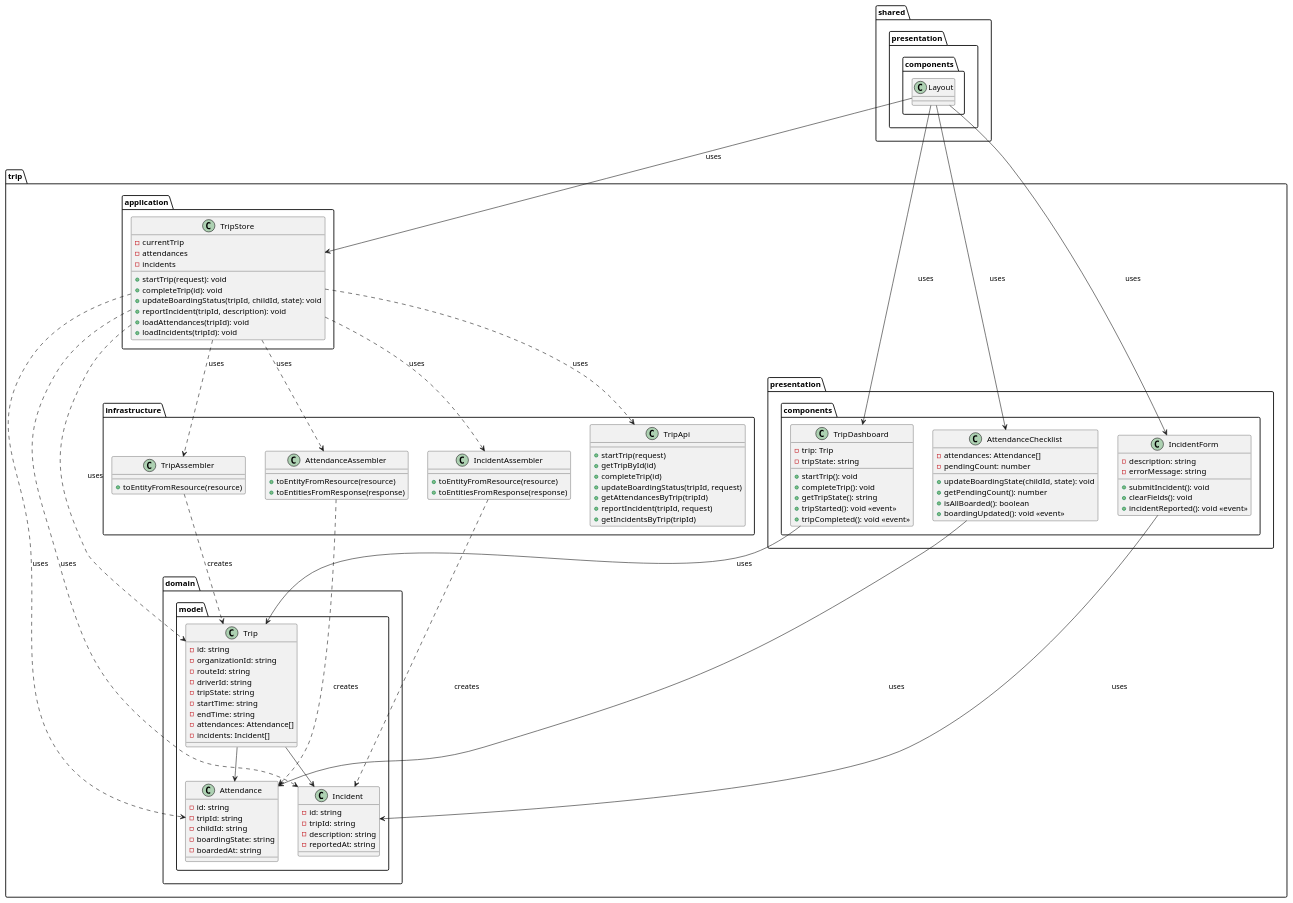
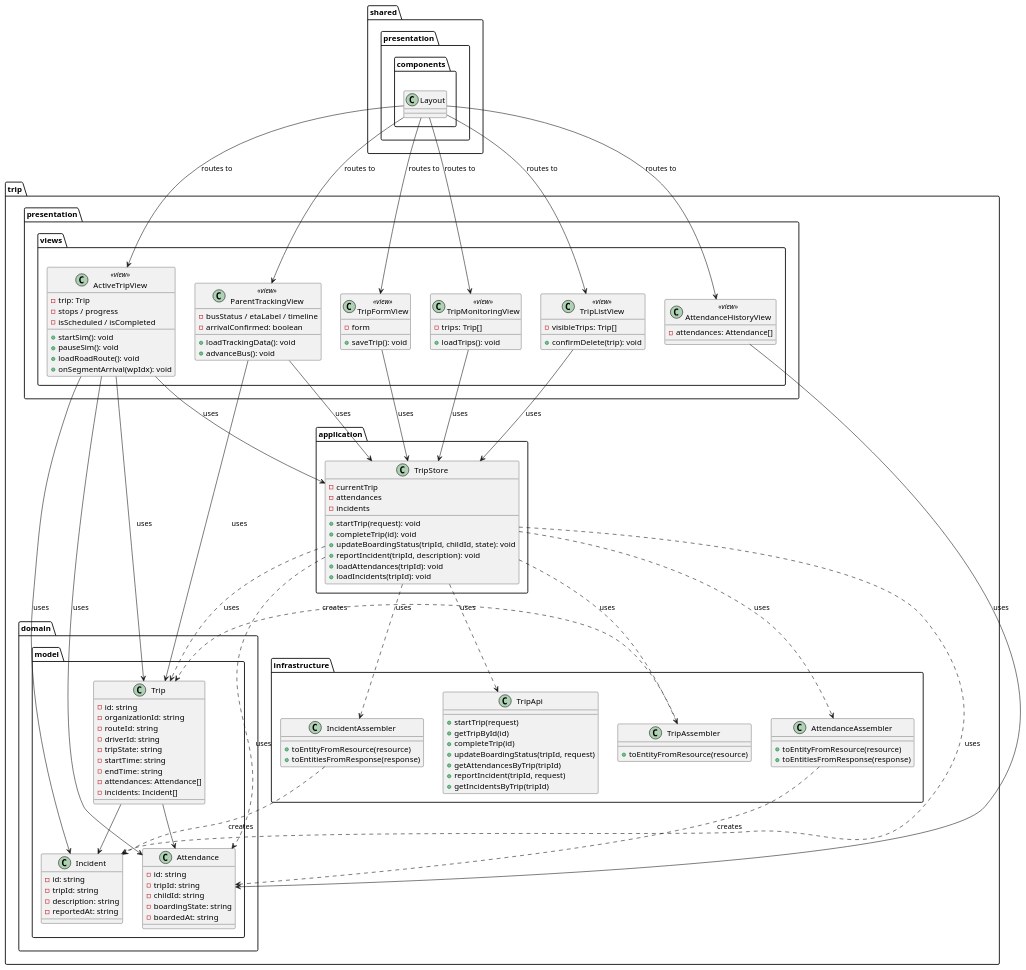
The diagram in saferoute/docs/vue-saferoute-trip.puml (upc-pre-202610-1asi0730-12053-powertech/saferoute-webapp), drawn with PlantUML before and after one commit. The commit also changed 5 other files, not shown here.

Commit message:
docs: update diagrams

```diff
--- a/saferoute/docs/vue-saferoute-trip.puml
+++ b/saferoute/docs/vue-saferoute-trip.puml
@@ -1,121 +1,136 @@
 @startuml
 skinparam monochrome false
 
 package "trip.domain.model" {
   class Trip {
     - id: string
     - organizationId: string
     - routeId: string
     - driverId: string
     - tripState: string
     - startTime: string
     - endTime: string
     - attendances: Attendance[]
     - incidents: Incident[]
   }
   class Attendance {
     - id: string
     - tripId: string
     - childId: string
     - boardingState: string
     - boardedAt: string
   }
   class Incident {
     - id: string
     - tripId: string
     - description: string
     - reportedAt: string
   }
 }
 
 package "trip.application" {
   class TripStore {
     - currentTrip
     - attendances
     - incidents
     + startTrip(request): void
     + completeTrip(id): void
     + updateBoardingStatus(tripId, childId, state): void
     + reportIncident(tripId, description): void
     + loadAttendances(tripId): void
     + loadIncidents(tripId): void
   }
 }
 
 package "trip.infrastructure" {
   class TripApi {
     + startTrip(request)
     + getTripById(id)
     + completeTrip(id)
     + updateBoardingStatus(tripId, request)
     + getAttendancesByTrip(tripId)
     + reportIncident(tripId, request)
     + getIncidentsByTrip(tripId)
   }
   class TripAssembler {
     + toEntityFromResource(resource)
   }
   class AttendanceAssembler {
     + toEntityFromResource(resource)
     + toEntitiesFromResponse(response)
   }
   class IncidentAssembler {
     + toEntityFromResource(resource)
     + toEntitiesFromResponse(response)
   }
 }
 
-package "trip.presentation.components" {
-  class TripDashboard {
+package "trip.presentation.views" {
+  class ActiveTripView <<view>> {
     - trip: Trip
-    - tripState: string
-    + startTrip(): void
-    + completeTrip(): void
-    + getTripState(): string
-    + tripStarted(): void <<event>>
-    + tripCompleted(): void <<event>>
+    - stops / progress
+    - isScheduled / isCompleted
+    + startSim(): void
+    + pauseSim(): void
+    + loadRoadRoute(): void
+    + onSegmentArrival(wpIdx): void
   }
-  class AttendanceChecklist {
+  class TripMonitoringView <<view>> {
+    - trips: Trip[]
+    + loadTrips(): void
+  }
+  class ParentTrackingView <<view>> {
+    - busStatus / etaLabel / timeline
+    - arrivalConfirmed: boolean
+    + loadTrackingData(): void
+    + advanceBus(): void
+  }
+  class AttendanceHistoryView <<view>> {
     - attendances: Attendance[]
-    - pendingCount: number
-    + updateBoardingState(childId, state): void
-    + getPendingCount(): number
-    + isAllBoarded(): boolean
-    + boardingUpdated(): void <<event>>
   }
-  class IncidentForm {
-    - description: string
-    - errorMessage: string
-    + submitIncident(): void
-    + clearFields(): void
-    + incidentReported(): void <<event>>
+  class TripListView <<view>> {
+    - visibleTrips: Trip[]
+    + confirmDelete(trip): void
+  }
+  class TripFormView <<view>> {
+    - form
+    + saveTrip(): void
   }
 }
 
 ' ─── Referencias a otros paquetes ────────────────────────────────────────────
 package "shared.presentation.components" {
   class Layout {
   }
 }
 
 Trip --> Attendance
 Trip --> Incident
 TripStore ..> "trip.domain.model.Trip" : uses
 TripStore ..> "trip.domain.model.Attendance" : uses
 TripStore ..> "trip.domain.model.Incident" : uses
 TripStore ..> "trip.infrastructure.TripApi" : uses
 TripStore ..> "trip.infrastructure.TripAssembler" : uses
 TripStore ..> "trip.infrastructure.AttendanceAssembler" : uses
 TripStore ..> "trip.infrastructure.IncidentAssembler" : uses
 TripAssembler ..> "trip.domain.model.Trip" : creates
 AttendanceAssembler ..> "trip.domain.model.Attendance" : creates
 IncidentAssembler ..> "trip.domain.model.Incident" : creates
-TripDashboard --> "trip.domain.model.Trip" : uses
-AttendanceChecklist --> "trip.domain.model.Attendance" : uses
-IncidentForm --> "trip.domain.model.Incident" : uses
-Layout --> TripDashboard : uses
-Layout --> AttendanceChecklist : uses
-Layout --> IncidentForm : uses
-Layout --> TripStore : uses
+ActiveTripView --> "trip.domain.model.Trip" : uses
+ActiveTripView --> "trip.domain.model.Attendance" : uses
+ActiveTripView --> "trip.domain.model.Incident" : uses
+ParentTrackingView --> "trip.domain.model.Trip" : uses
+AttendanceHistoryView --> "trip.domain.model.Attendance" : uses
+Layout --> ActiveTripView : routes to
+Layout --> TripMonitoringView : routes to
+Layout --> ParentTrackingView : routes to
+Layout --> AttendanceHistoryView : routes to
+Layout --> TripListView : routes to
+Layout --> TripFormView : routes to
+ActiveTripView --> TripStore : uses
+TripMonitoringView --> TripStore : uses
+ParentTrackingView --> TripStore : uses
+TripListView --> TripStore : uses
+TripFormView --> TripStore : uses
 
 @enduml
```
